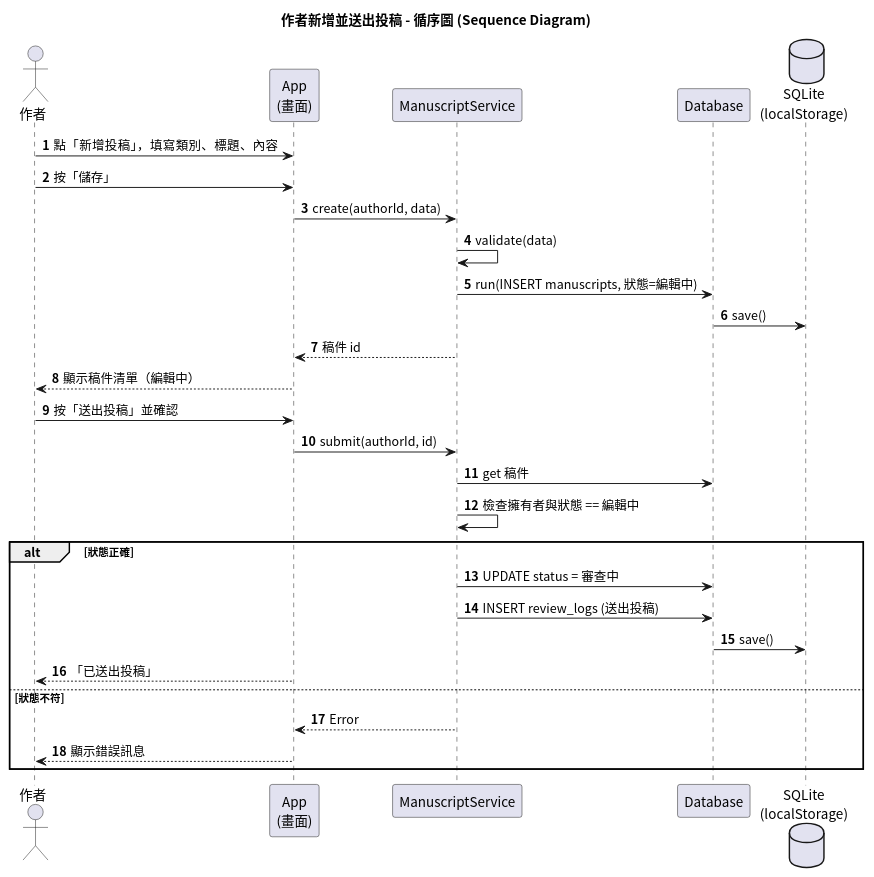
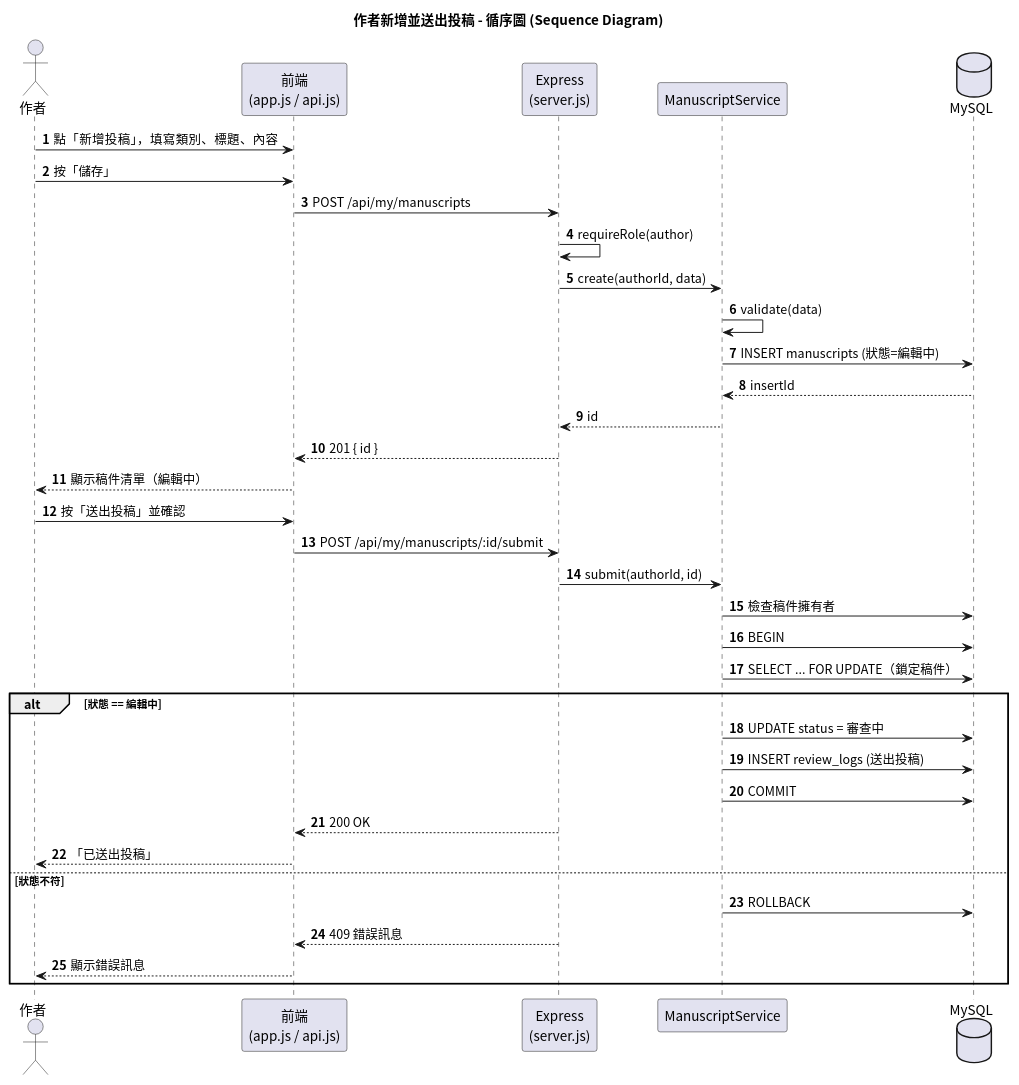
The diagram in docs/uml/04_sequence_author.puml (617-lyx/1151se_mid), drawn with PlantUML before and after one commit. The commit also changed 29 other files, not shown here.

Commit message:
改用 Node.js + Express + MySQL：新增後端 REST API、MySQL schema，更新 UML 圖

```diff
--- a/docs/uml/04_sequence_author.puml
+++ b/docs/uml/04_sequence_author.puml
@@ -1,35 +1,42 @@
 @startuml 04_sequence_author
 skinparam defaultFontName "Noto Sans CJK TC"
 skinparam shadowing false
 skinparam backgroundColor white
 title 作者新增並送出投稿 - 循序圖 (Sequence Diagram)
 autonumber
 actor 作者
-participant "App\n(畫面)" as App
+participant "前端\n(app.js / api.js)" as FE
+participant "Express\n(server.js)" as API
 participant ManuscriptService as S
-participant Database as DB
-database "SQLite\n(localStorage)" as LS
+database MySQL as DB
 
-作者 -> App : 點「新增投稿」，填寫類別、標題、內容
-作者 -> App : 按「儲存」
-App -> S : create(authorId, data)
+作者 -> FE : 點「新增投稿」，填寫類別、標題、內容
+作者 -> FE : 按「儲存」
+FE -> API : POST /api/my/manuscripts
+API -> API : requireRole(author)
+API -> S : create(authorId, data)
 S -> S : validate(data)
-S -> DB : run(INSERT manuscripts, 狀態=編輯中)
-DB -> LS : save()
-S --> App : 稿件 id
-App --> 作者 : 顯示稿件清單（編輯中）
+S -> DB : INSERT manuscripts (狀態=編輯中)
+DB --> S : insertId
+S --> API : id
+API --> FE : 201 { id }
+FE --> 作者 : 顯示稿件清單（編輯中）
 
-作者 -> App : 按「送出投稿」並確認
-App -> S : submit(authorId, id)
-S -> DB : get 稿件
-S -> S : 檢查擁有者與狀態 == 編輯中
-alt 狀態正確
+作者 -> FE : 按「送出投稿」並確認
+FE -> API : POST /api/my/manuscripts/:id/submit
+API -> S : submit(authorId, id)
+S -> DB : 檢查稿件擁有者
+S -> DB : BEGIN
+S -> DB : SELECT ... FOR UPDATE（鎖定稿件）
+alt 狀態 == 編輯中
   S -> DB : UPDATE status = 審查中
   S -> DB : INSERT review_logs (送出投稿)
-  DB -> LS : save()
-  App --> 作者 : 「已送出投稿」
+  S -> DB : COMMIT
+  API --> FE : 200 OK
+  FE --> 作者 : 「已送出投稿」
 else 狀態不符
-  S --> App : Error
-  App --> 作者 : 顯示錯誤訊息
+  S -> DB : ROLLBACK
+  API --> FE : 409 錯誤訊息
+  FE --> 作者 : 顯示錯誤訊息
 end
 @enduml
```
